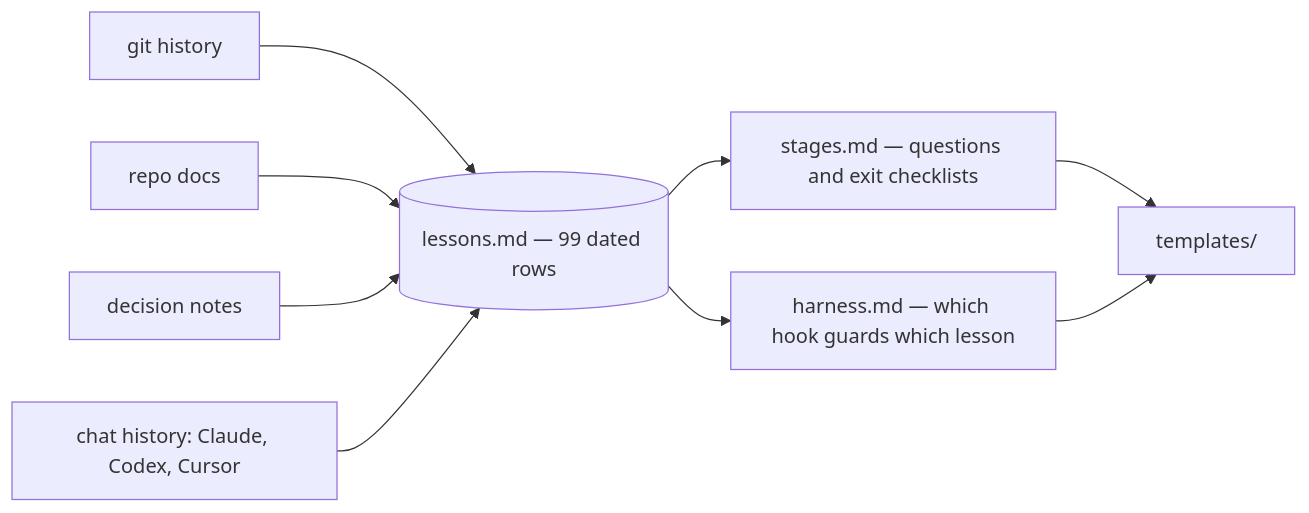
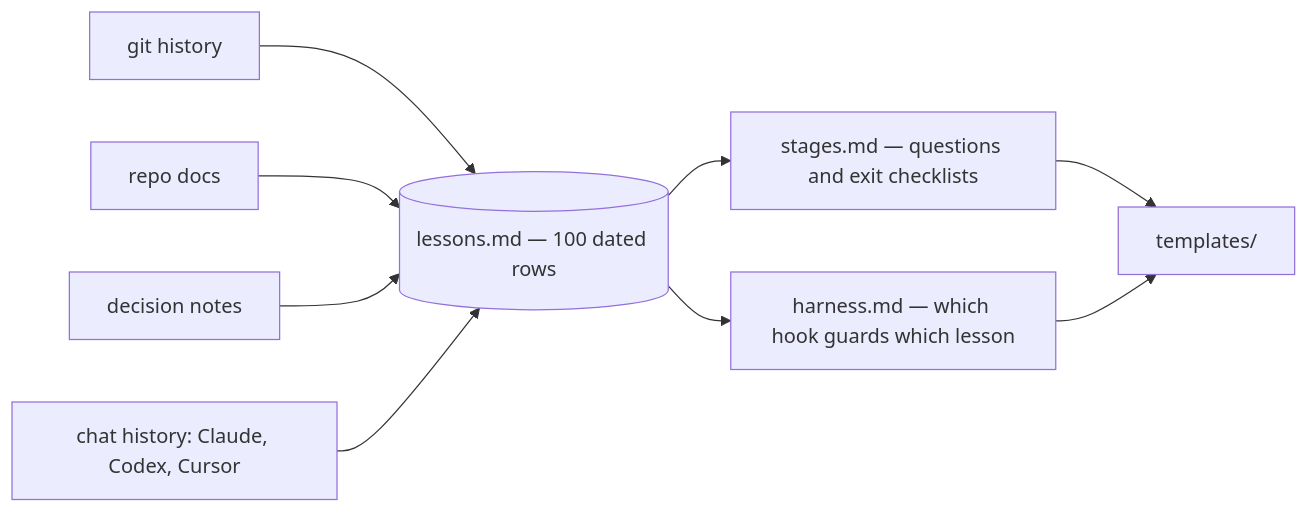
Before and after one commit to EranTzarum/project-kickoff: the second of 2 diagrams in README.md, drawn with Mermaid. The commit also changed other lines of this file and 13 other files, not shown here.

````diff
--- a/README.md
+++ b/README.md
@@ -225,11 +225,11 @@
 ```mermaid
 flowchart LR
     G["git history"] --> L
     D["repo docs"] --> L
     V["decision notes"] --> L
     C["chat history: Claude, Codex, Cursor"] --> L
-    L[("lessons.md — 99 dated rows")] --> S["stages.md — questions and exit checklists"]
+    L[("lessons.md — 100 dated rows")] --> S["stages.md — questions and exit checklists"]
     L --> H["harness.md — which hook guards which lesson"]
     S --> T["templates/"]
     H --> T
 ```
````
